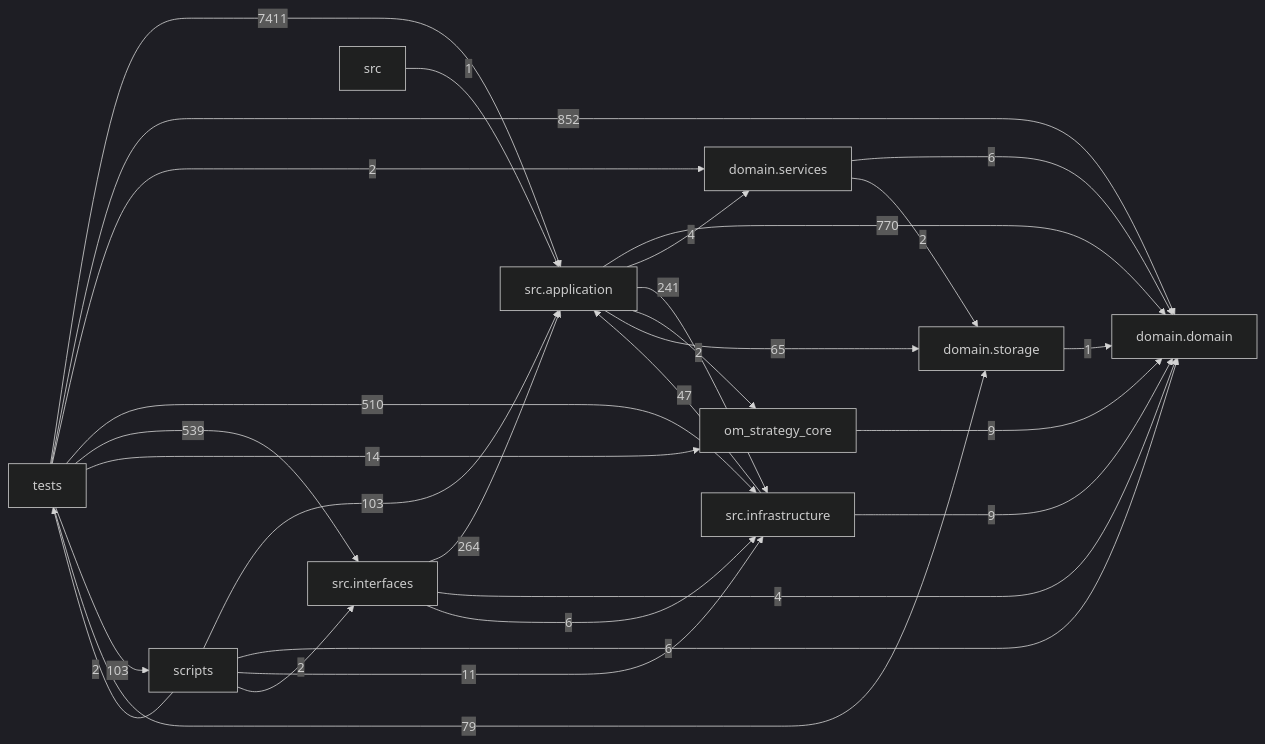
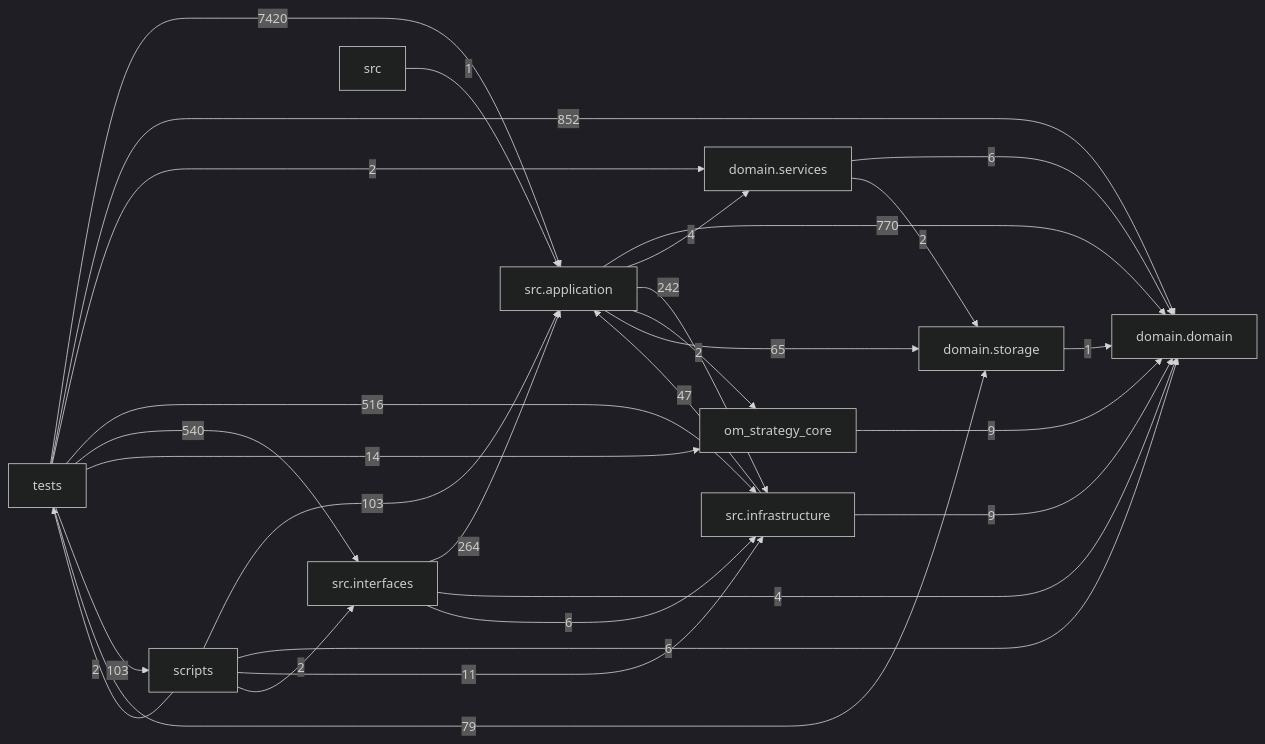
The diagram in docs/DEPENDENCY_GRAPH.md (liuxie066/options-monitor), drawn with Mermaid (dark theme) before and after one commit. The commit also changed other lines of this file and 32 other files, not shown here.

````diff
--- a/docs/DEPENDENCY_GRAPH.md
+++ b/docs/DEPENDENCY_GRAPH.md
@@ -24,39 +24,39 @@
 ```mermaid
 flowchart LR
   tests["tests"]
   scripts["scripts"]
   interfaces["src.interfaces"]
   application["src.application"]
   infrastructure["src.infrastructure"]
   domain_services["domain.services"]
   domain["domain.domain"]
   storage["domain.storage"]
   application -->|770| domain
   application -->|4| domain_services
-  application -->|241| infrastructure
+  application -->|242| infrastructure
   application -->|2| om_strategy_core
   application -->|65| storage
   domain_services -->|6| domain
   domain_services -->|2| storage
   infrastructure -->|47| application
   infrastructure -->|9| domain
   interfaces -->|264| application
   interfaces -->|4| domain
   interfaces -->|6| infrastructure
   om_strategy_core -->|9| domain
   scripts -->|103| application
   scripts -->|6| domain
   scripts -->|11| infrastructure
   scripts -->|2| interfaces
   scripts -->|2| tests
   src -->|1| application
   storage -->|1| domain
-  tests -->|7411| application
+  tests -->|7420| application
   tests -->|852| domain
   tests -->|2| domain_services
-  tests -->|510| infrastructure
-  tests -->|539| interfaces
+  tests -->|516| infrastructure
+  tests -->|540| interfaces
   tests -->|14| om_strategy_core
   tests -->|103| scripts
   tests -->|79| storage
 ```
````
